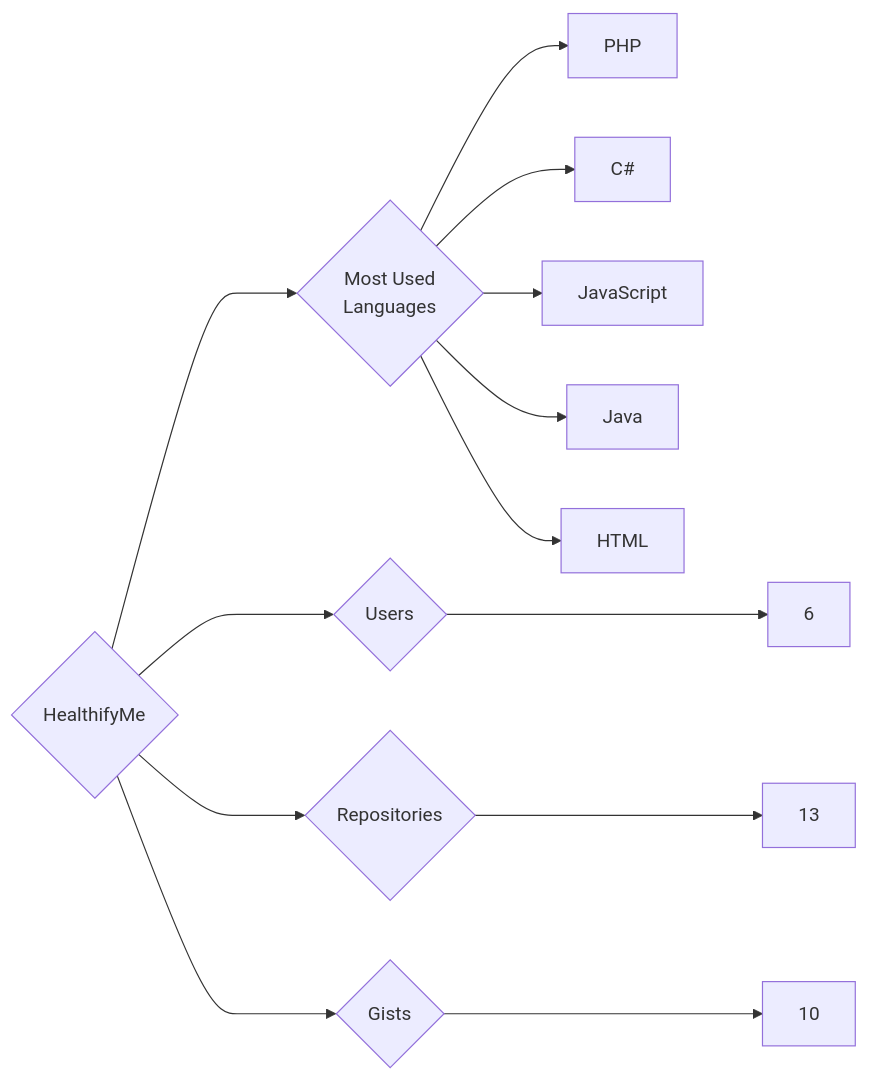
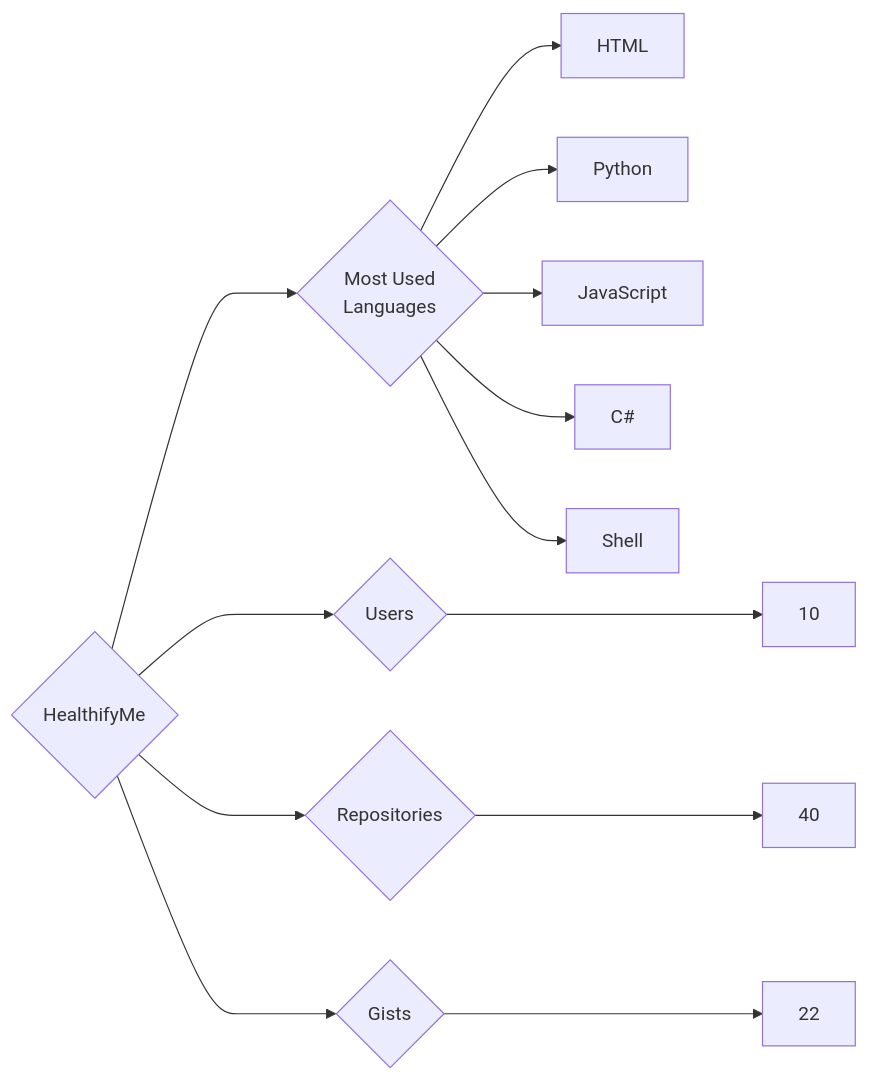
One commit to trickest/insiders changed the diagram in targets/HealthifyMe/README.md. Above: the diagram before and after it, drawn with Mermaid. The commit also changed 1166 other files, not shown here.

````diff
--- a/targets/HealthifyMe/README.md
+++ b/targets/HealthifyMe/README.md
@@ -3,13 +3,13 @@
 ```mermaid
 graph LR
 COMPANY_NAME{HealthifyMe}
-COMPANY_NAME ---> U{Users} ---> UN[6]
-COMPANY_NAME ---> R{Repositories} ---> RN[13]
-COMPANY_NAME ---> G{Gists} ---> GN[10]
+COMPANY_NAME ---> U{Users} ---> UN[10]
+COMPANY_NAME ---> R{Repositories} ---> RN[40]
+COMPANY_NAME ---> G{Gists} ---> GN[22]
 COMPANY_NAME ---> ML{Most Used<br>Languages}
-ML --> PHP[PHP]
+ML --> HTML[HTML]
+ML --> Python[Python]
+ML --> JavaScript[JavaScript]
 ML --> C#[C#]
-ML --> JavaScript[JavaScript]
-ML --> Java[Java]
-ML --> HTML[HTML]
+ML --> Shell[Shell]
 ```
````
